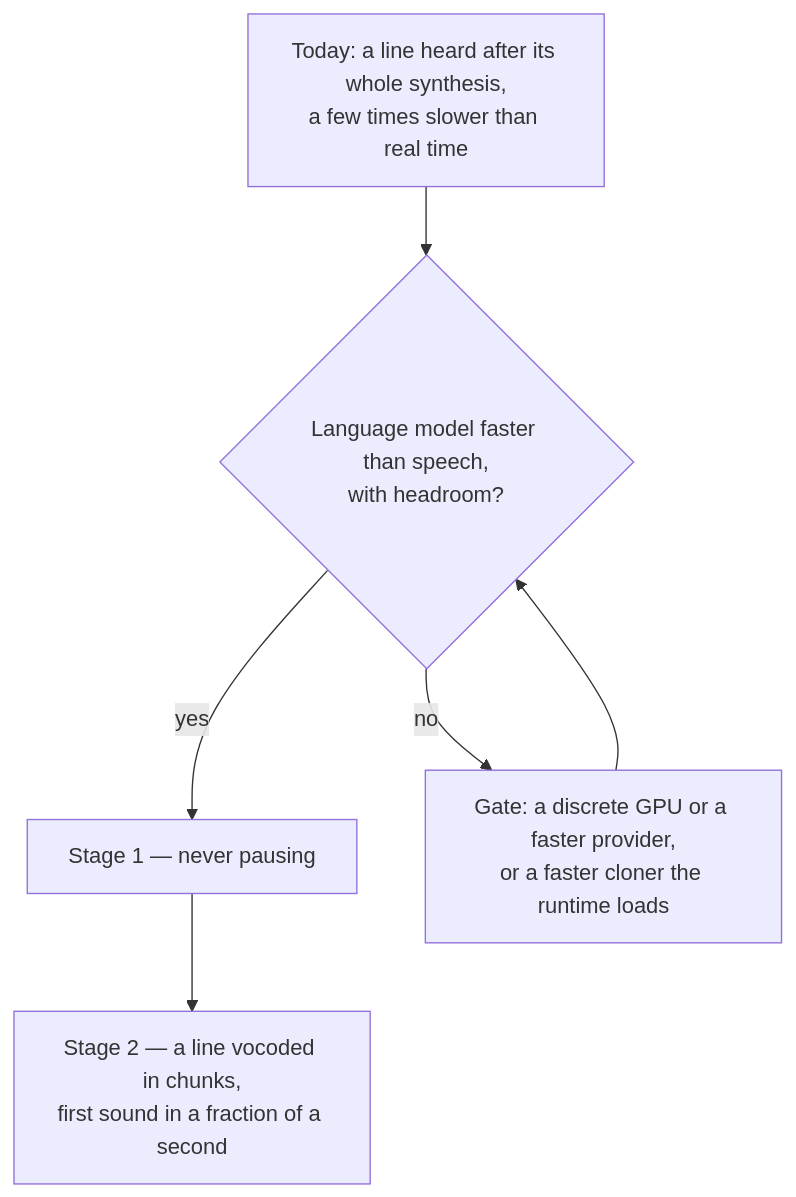
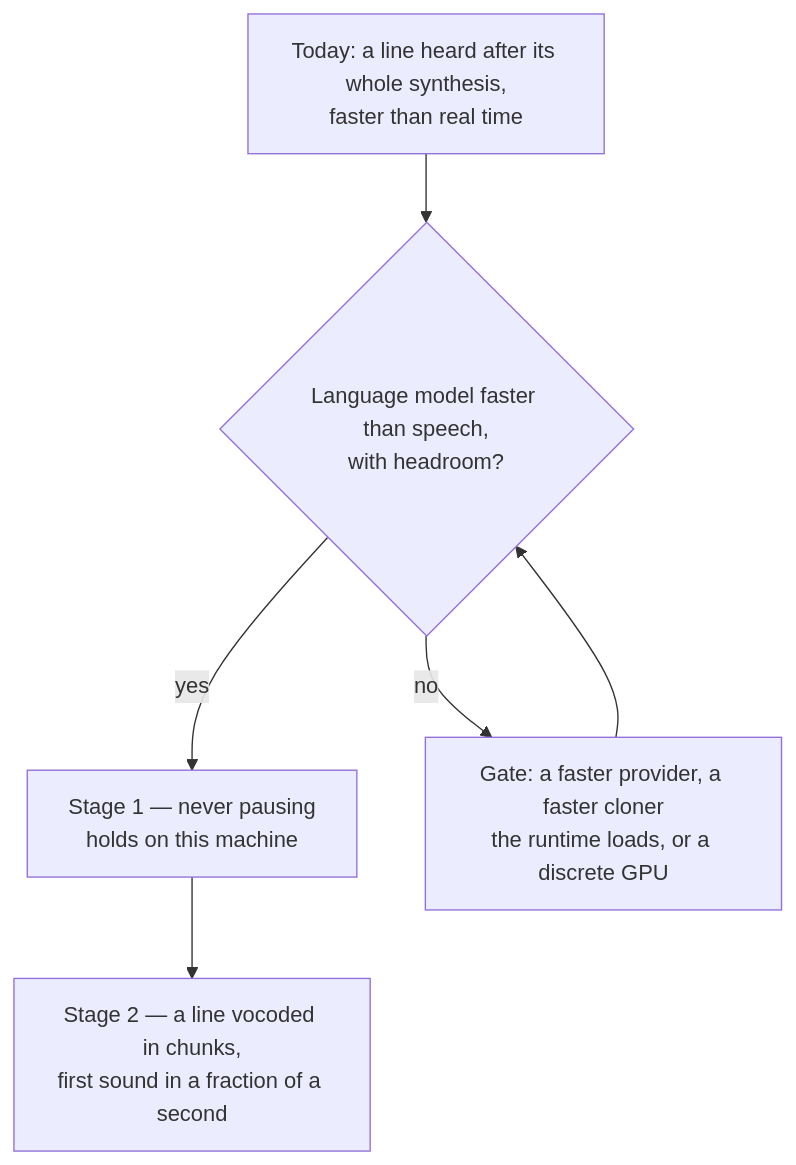
One commit to Esposter/Esposter changed the diagram in apps/web/content/docs/proposals/infra/seamless-spoken-replies.md. Above: the diagram before and after it, drawn with Mermaid. The commit also changed other lines of this file and 8 other files, not shown here.

First line of the commit message:
feat(genshin-persona): the voice reads through Chatterbox Nano — a few hundredths of likeness for a line read faster than real time

````diff
--- a/apps/web/content/docs/proposals/infra/seamless-spoken-replies.md
+++ b/apps/web/content/docs/proposals/infra/seamless-spoken-replies.md
@@ -19,12 +19,12 @@
 ```mermaid
 flowchart TD
-    Now["Today: a line heard after its whole synthesis,<br/>a few times slower than real time"]
+    Now["Today: a line heard after its whole synthesis,<br/>faster than real time"]
     Compute{"Language model faster than speech,<br/>with headroom?"}
-    Stage1["Stage 1 — never pausing"]
+    Stage1["Stage 1 — never pausing<br/>holds on this machine"]
     Stream["Stage 2 — a line vocoded in chunks,<br/>first sound in a fraction of a second"]
-    Gate1["Gate: a discrete GPU or a faster provider,<br/>or a faster cloner the runtime loads"]
+    Gate1["Gate: a faster provider, a faster cloner<br/>the runtime loads, or a discrete GPU"]
 
     Now --> Compute
     Compute -- no --> Gate1 --> Compute
     Compute -- yes --> Stage1 --> Stream
 ```
````
